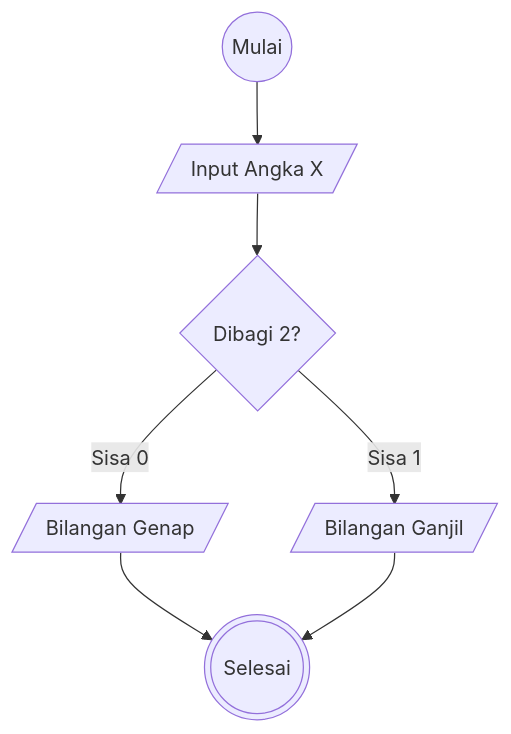
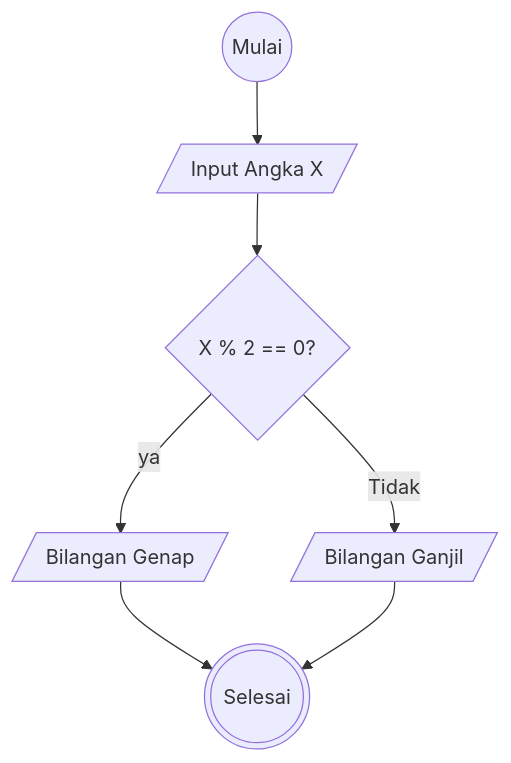
The diagram in algoritma-mititask-bilanganganjil-genap.md (yusufbahtiarr/fgo24-algoritma), drawn with Mermaid before and after one commit.

````diff
--- a/algoritma-mititask-bilanganganjil-genap.md
+++ b/algoritma-mititask-bilanganganjil-genap.md
@@ -10,15 +10,15 @@
 ```mermaid
     flowchart TD
         A((Mulai))
         B[/Input Angka X/]
-        C{Dibagi 2?}
+        C{X % 2 == 0?}
         CGA[/Bilangan Genap/]
         CGI[/Bilangan Ganjil/]
         D(((Selesai)))
         A --> B
         B --> C
-        C -- Sisa 0 --> CGA
-        C -- Sisa 1 --> CGI
+        C -- ya --> CGA
+        C -- Tidak --> CGI
         CGA --> D
         CGI --> D
 ```
````
